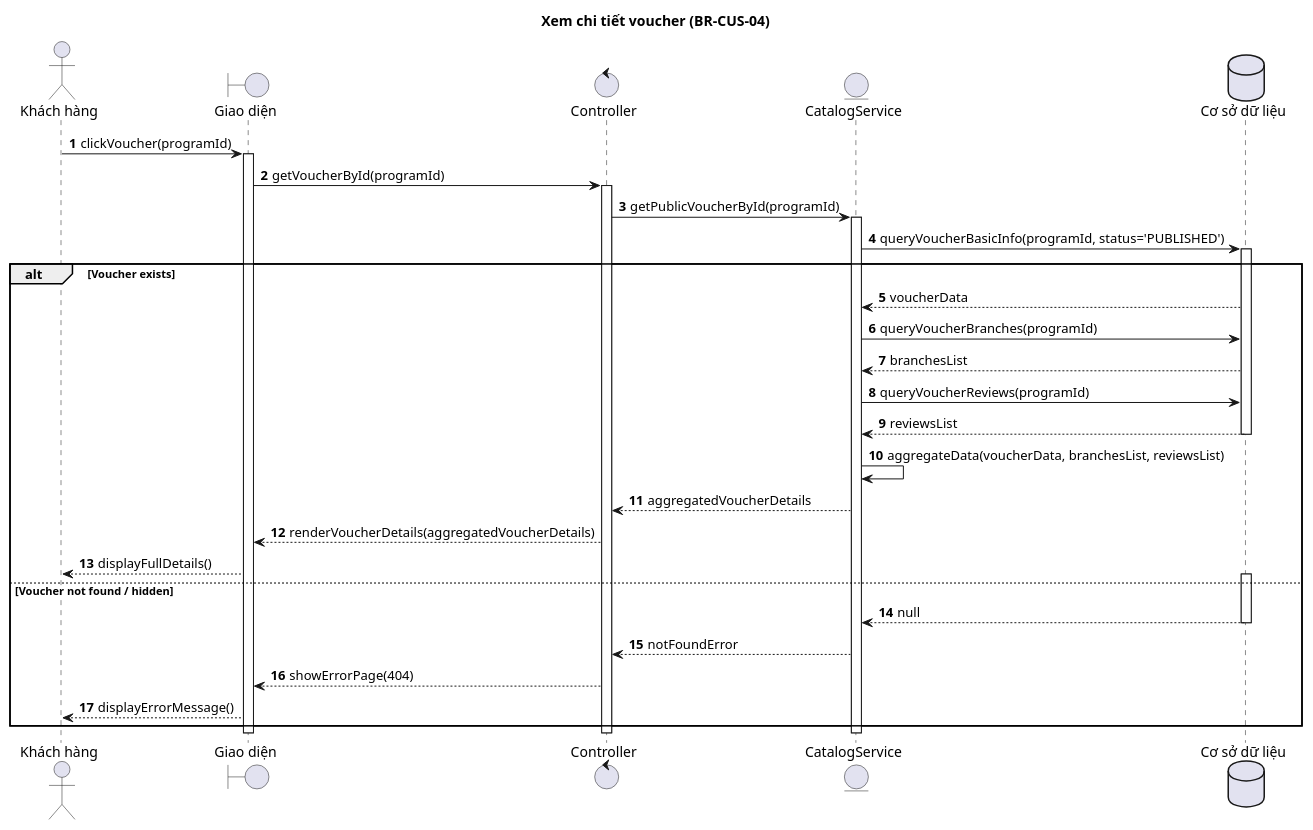
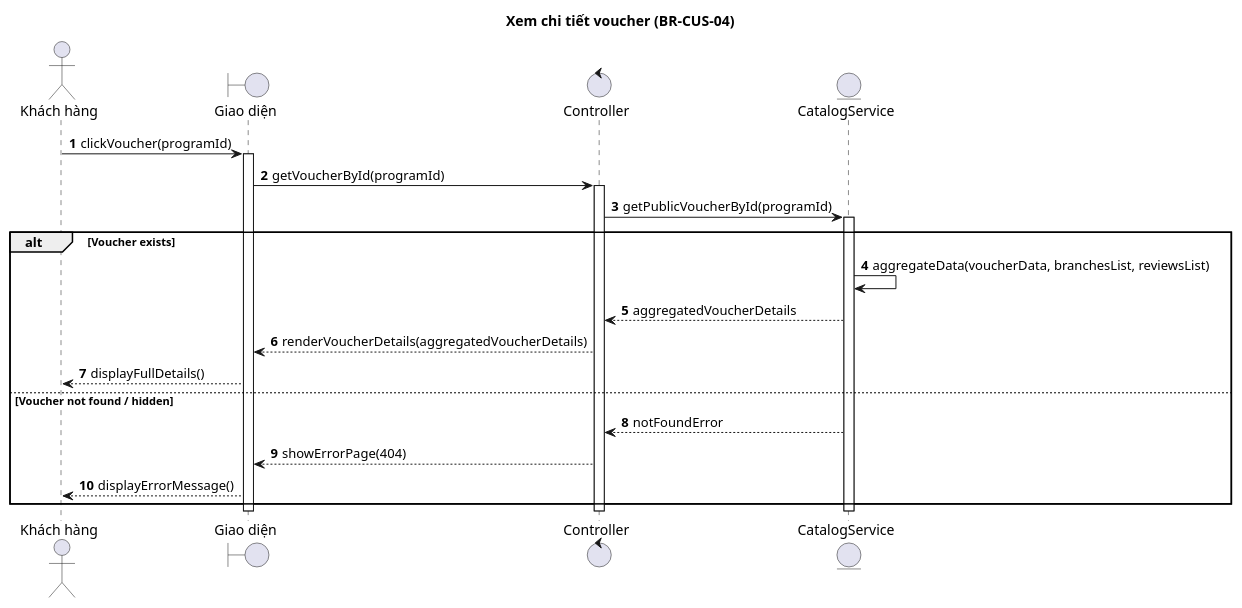
Before and after one commit to Ngo-The-Dat/e-voucher-system: the diagram in doc/sequence/KhachHang/Xem_chi_tiet_voucher.wsd, drawn with PlantUML. The commit also changed 7 other files, not shown here.

Commit message:
docs: 📖 update customer sequence diagrams to remove internal DB interactions and match current implementation

```diff
--- a/doc/sequence/KhachHang/Xem_chi_tiet_voucher.wsd
+++ b/doc/sequence/KhachHang/Xem_chi_tiet_voucher.wsd
@@ -1,46 +1,34 @@
 @startuml
 title Xem chi tiết voucher (BR-CUS-04)
 
 autonumber
 actor "Khách hàng" as KH
 boundary "Giao diện" as UI
 control "Controller" as Controller
 entity "CatalogService" as Service
-database "Cơ sở dữ liệu" as DB
 
 KH -> UI : clickVoucher(programId)
 activate UI
 UI -> Controller : getVoucherById(programId)
 activate Controller
 Controller -> Service : getPublicVoucherById(programId)
 activate Service
 
-Service -> DB : queryVoucherBasicInfo(programId, status='PUBLISHED')
-activate DB
 alt Voucher exists
-    DB --> Service : voucherData
     
-    Service -> DB : queryVoucherBranches(programId)
-    DB --> Service : branchesList
     
-    Service -> DB : queryVoucherReviews(programId)
-    DB --> Service : reviewsList
-    deactivate DB
     
     Service -> Service : aggregateData(voucherData, branchesList, reviewsList)
     Service --> Controller : aggregatedVoucherDetails
     Controller --> UI : renderVoucherDetails(aggregatedVoucherDetails)
     UI --> KH : displayFullDetails()
 else Voucher not found / hidden
-    activate DB
-    DB --> Service : null
-    deactivate DB
     Service --> Controller : notFoundError
     Controller --> UI : showErrorPage(404)
     UI --> KH : displayErrorMessage()
 end
 
 deactivate Service
 deactivate Controller
 deactivate UI
 @enduml
```
